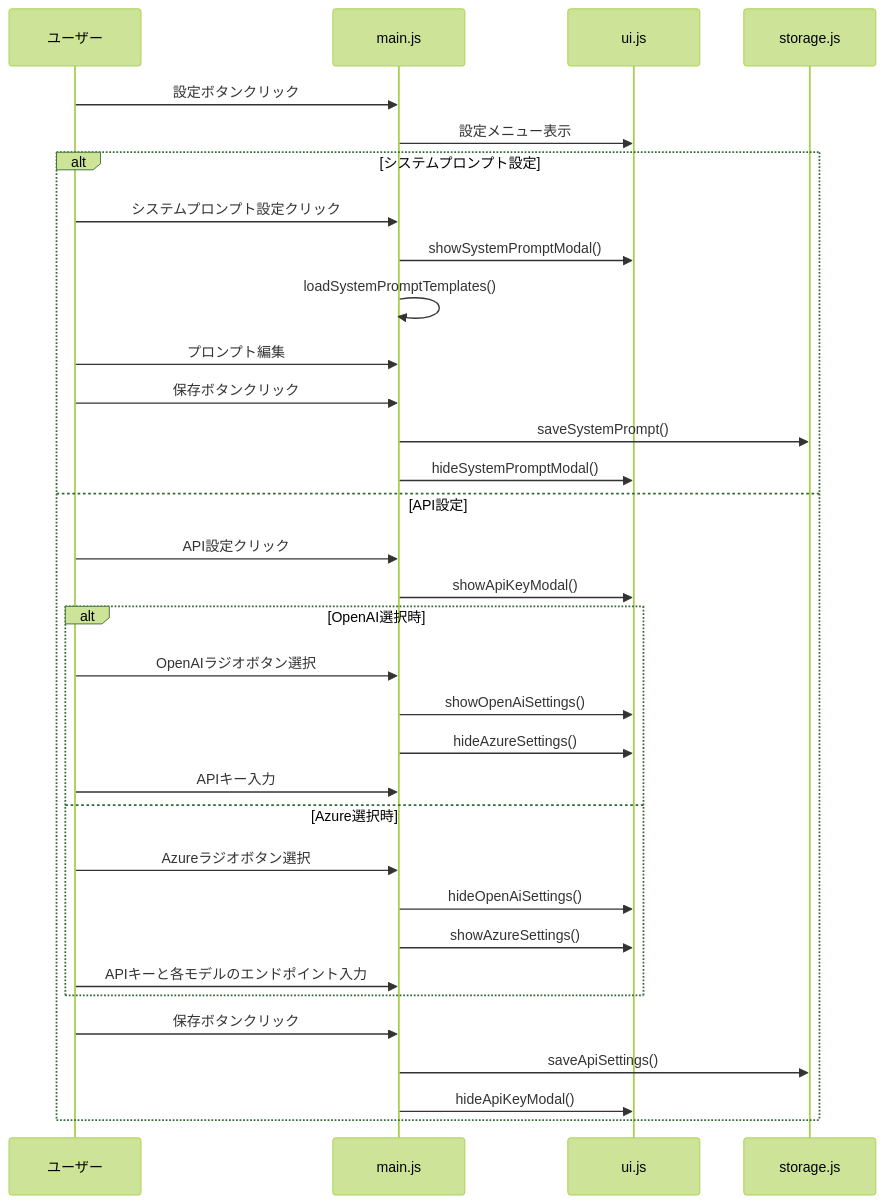
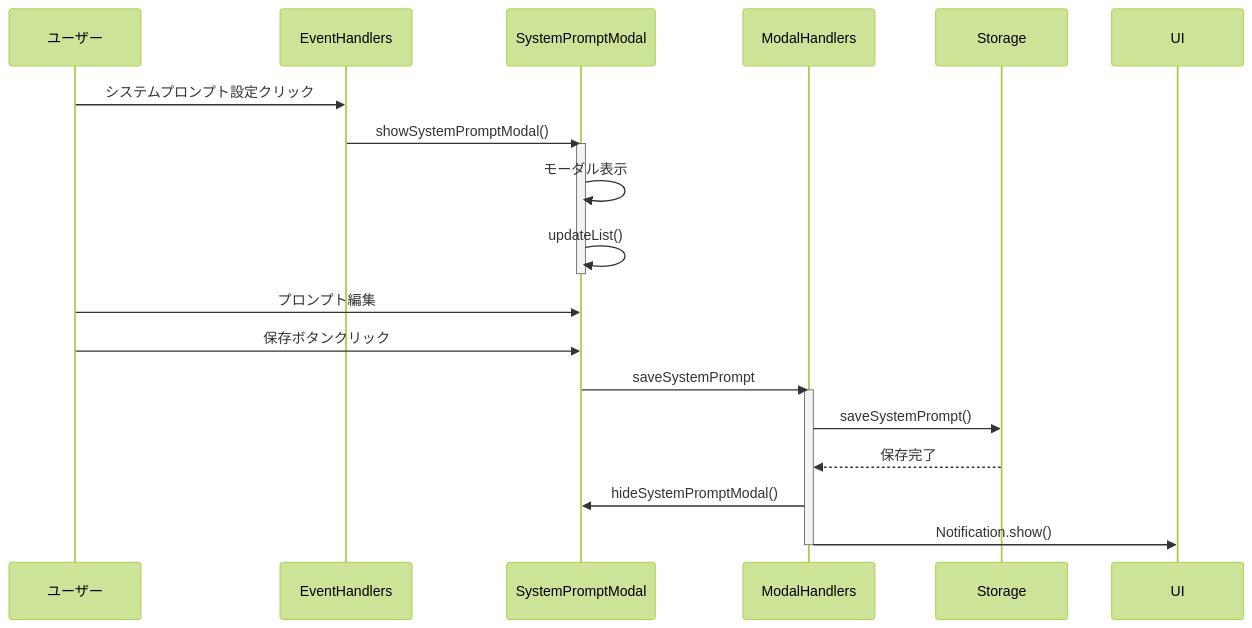
One commit to SuperPyonchiX/ChatBot changed the ninth of 9 diagrams in ChatBot_設計仕様書.md. Above: the diagram before and after it, drawn with Mermaid (forest theme). The commit also changed other lines of this file, not shown here.

````diff
--- a/ChatBot_設計仕様書.md
+++ b/ChatBot_設計仕様書.md
@@ -527,39 +1318,29 @@
 ```mermaid
 sequenceDiagram
     participant User as ユーザー
-    participant Main as main.js
-    participant UI as ui.js
-    participant Storage as storage.js
+    participant EventHandlers as EventHandlers
+    participant SystemPromptModal as SystemPromptModal
+    participant ModalHandlers as ModalHandlers
+    participant Storage as Storage
+    participant UI as UI
     
-    User->>Main: 設定ボタンクリック
-    Main->>UI: 設定メニュー表示
+    User->>EventHandlers: システムプロンプト設定クリック
+    EventHandlers->>SystemPromptModal: showSystemPromptModal()
+    activate SystemPromptModal
     
-    alt システムプロンプト設定
-        User->>Main: システムプロンプト設定クリック
-        Main->>UI: showSystemPromptModal()
-        Main->>Main: loadSystemPromptTemplates()
-        User->>Main: プロンプト編集
-        User->>Main: 保存ボタンクリック
-        Main->>Storage: saveSystemPrompt()
-        Main->>UI: hideSystemPromptModal()
-    else API設定
-        User->>Main: API設定クリック
-        Main->>UI: showApiKeyModal()
-        
-        alt OpenAI選択時
-            User->>Main: OpenAIラジオボタン選択
-            Main->>UI: showOpenAiSettings()
-            Main->>UI: hideAzureSettings()
-            User->>Main: APIキー入力
-        else Azure選択時
-            User->>Main: Azureラジオボタン選択
-            Main->>UI: hideOpenAiSettings()
-            Main->>UI: showAzureSettings()
-            User->>Main: APIキーと各モデルのエンドポイント入力
-        end
-        
-        User->>Main: 保存ボタンクリック
-        Main->>Storage: saveApiSettings()
-        Main->>UI: hideApiKeyModal()
-    end
+    SystemPromptModal->>SystemPromptModal: モーダル表示
+    SystemPromptModal->>SystemPromptModal: updateList()
+    deactivate SystemPromptModal
+    
+    User->>SystemPromptModal: プロンプト編集
+    User->>SystemPromptModal: 保存ボタンクリック
+    SystemPromptModal->>ModalHandlers: saveSystemPrompt
+    activate ModalHandlers
+    
+    ModalHandlers->>Storage: saveSystemPrompt()
+    Storage-->>ModalHandlers: 保存完了
+    
+    ModalHandlers->>SystemPromptModal: hideSystemPromptModal()
+    ModalHandlers->>UI: Notification.show()
+    deactivate ModalHandlers
 ```
````
